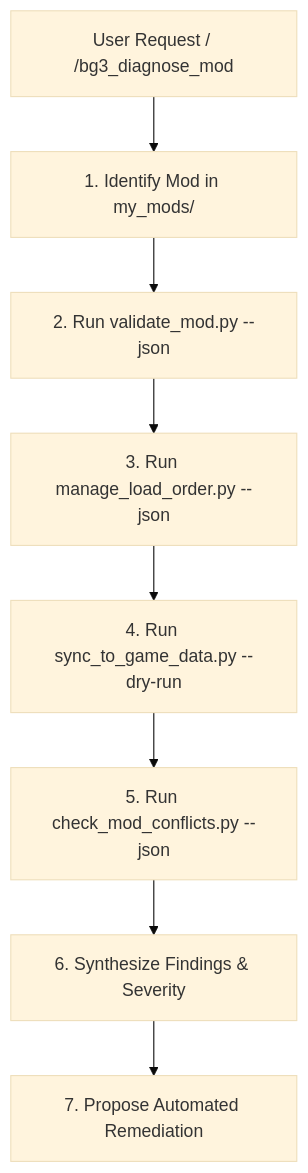
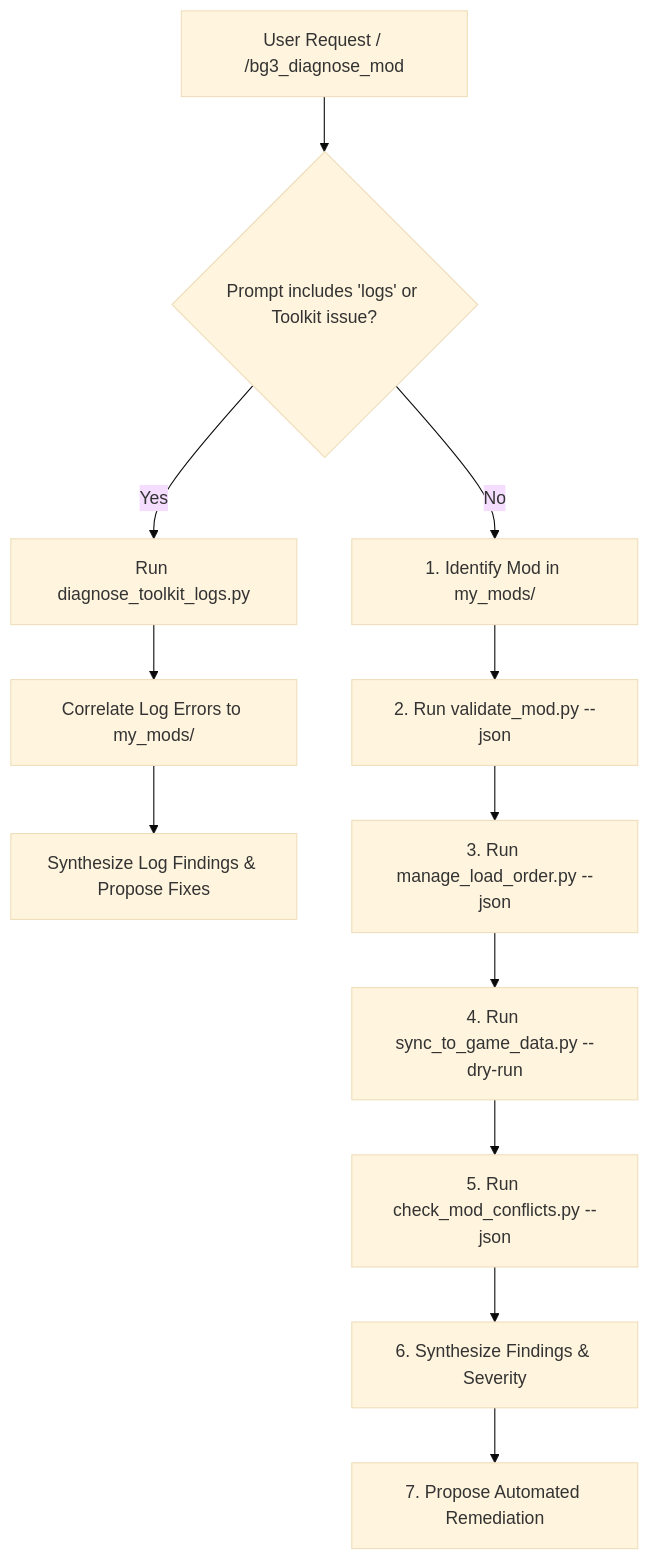
Before and after one commit to jpelton-stroud/bg3-mod-studio: the diagram in .agents/skills/bg3_diagnose_mod/SKILL.md, drawn with Mermaid (base theme). The commit also changed other lines of this file and 2 other files, not shown here.

First line of the commit message:
feat(diagnostics): add BG3 Toolkit log triage

````diff
--- a/.agents/skills/bg3_diagnose_mod/SKILL.md
+++ b/.agents/skills/bg3_diagnose_mod/SKILL.md
@@ -26,10 +29,14 @@
 ```mermaid
 flowchart TD
-    Trigger["User Request / /bg3_diagnose_mod"] --> Identify["1. Identify Mod in my_mods/"]
+    Trigger["User Request / /bg3_diagnose_mod"] --> CheckLogs{"Prompt includes 'logs' or Toolkit issue?"}
+    CheckLogs -- "Yes" --> ToolkitLogMode["Run diagnose_toolkit_logs.py"]
+    ToolkitLogMode --> Correlate["Correlate Log Errors to my_mods/"]
+    Correlate --> SynthesizeLogs["Synthesize Log Findings & Propose Fixes"]
+    CheckLogs -- "No" --> Identify["1. Identify Mod in my_mods/"]
     Identify --> RunVal["2. Run validate_mod.py --json"]
     RunVal --> RunLO["3. Run manage_load_order.py --json"]
     RunLO --> RunSync["4. Run sync_to_game_data.py --dry-run"]
     RunSync --> RunConf["5. Run check_mod_conflicts.py --json"]
     RunConf --> Synthesize["6. Synthesize Findings & Severity"]
     Synthesize --> ProposeFix["7. Propose Automated Remediation"]
 ```
````
